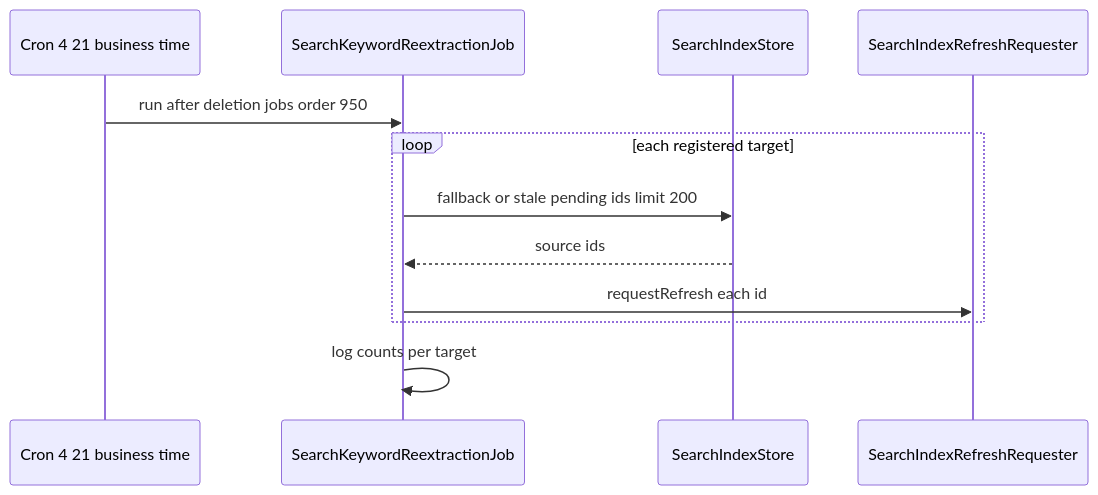
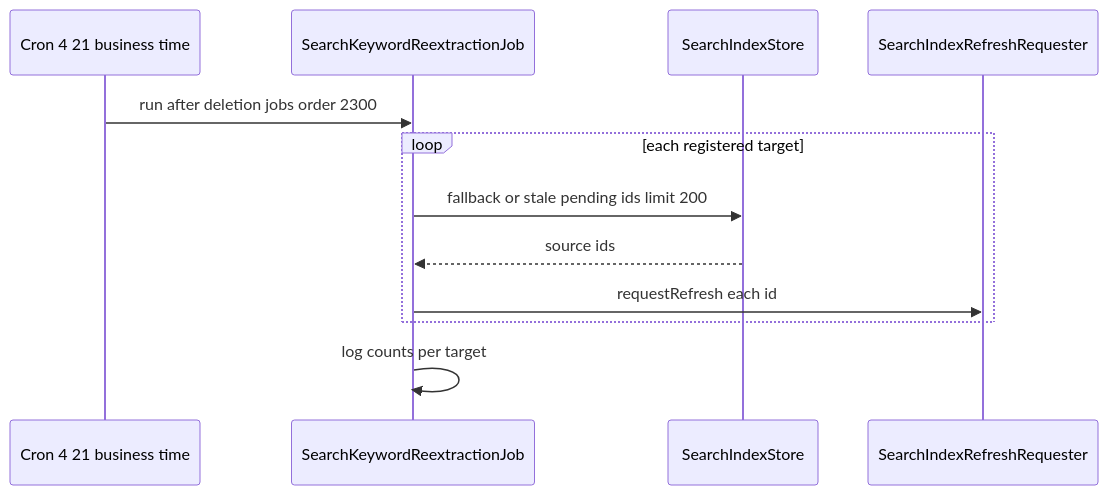
The sixth of 7 diagrams in .kiro/specs/content-processing/design.md (kurachiweb/genai-example-2-launch-platform), drawn with Mermaid before and after one commit. The commit also changed other lines of this file and 19 other files, not shown here.

````diff
--- a/.kiro/specs/content-processing/design.md
+++ b/.kiro/specs/content-processing/design.md
@@ -536,14 +541,14 @@
 ```mermaid
 sequenceDiagram
     participant T as Cron 4 21 business time
     participant J as SearchKeywordReextractionJob
     participant S as SearchIndexStore
     participant RQ as SearchIndexRefreshRequester
-    T->>J: run after deletion jobs order 950
+    T->>J: run after deletion jobs order 2300
     loop each registered target
         J->>S: fallback or stale pending ids limit 200
         S-->>J: source ids
         J->>RQ: requestRefresh each id
     end
     J->>J: log counts per target
 ```
````
